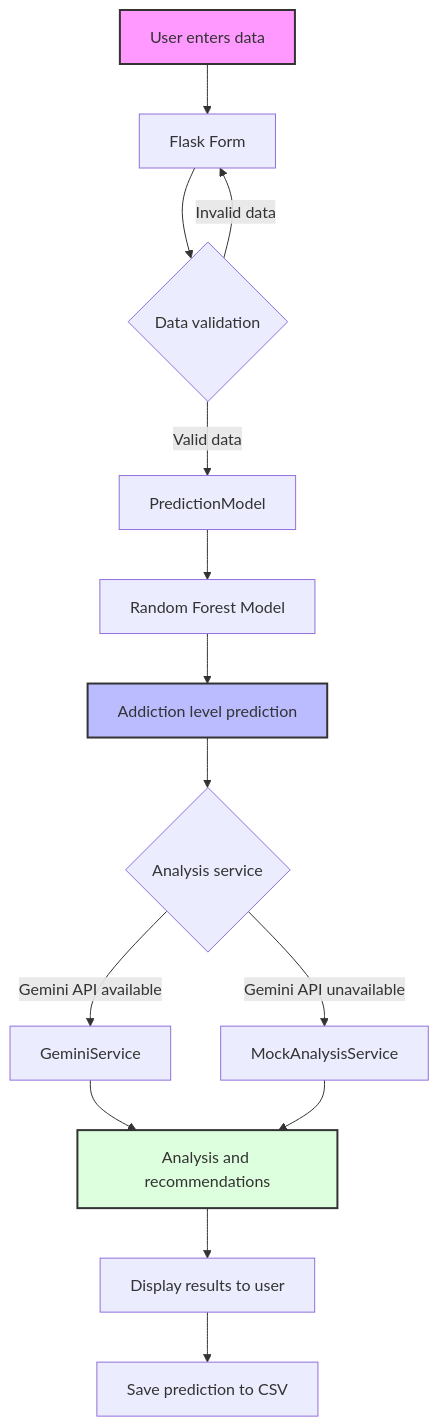
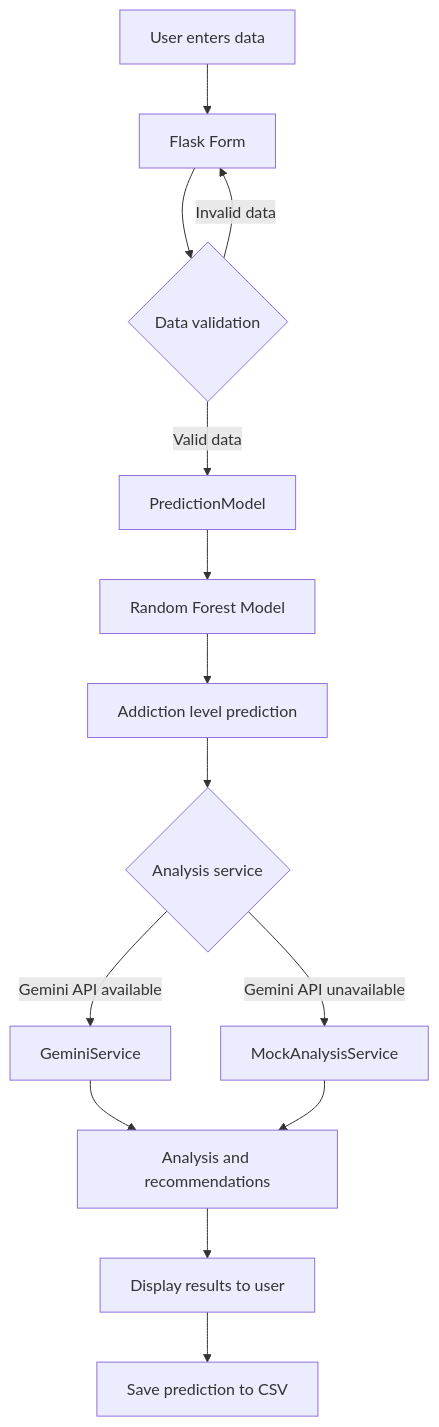
Before and after one commit to Dylalva/TeenSmartInsight: the first of 4 diagrams in docs/WORKFLOW_DIAGRAM.md, drawn with Mermaid. The commit also changed other lines of this file and 5 other files, not shown here.

````diff
--- a/docs/WORKFLOW_DIAGRAM.md
+++ b/docs/WORKFLOW_DIAGRAM.md
@@ -7,20 +7,16 @@
 ```mermaid
 flowchart TD
     A[User enters data] --> B[Flask Form]
     B --> C{Data validation}
     C -->|Invalid data| B
     C -->|Valid data| D[PredictionModel]
     D --> E[Random Forest Model]
     E --> F[Addiction level prediction]
     F --> G{Analysis service}
     G -->|Gemini API available| H[GeminiService]
     G -->|Gemini API unavailable| I[MockAnalysisService]
     H --> J[Analysis and recommendations]
     I --> J
     J --> K[Display results to user]
     K --> L[Save prediction to CSV]
-    
-    style A fill:#f9f,stroke:#333,stroke-width:2px
-    style F fill:#bbf,stroke:#333,stroke-width:2px
-    style J fill:#dfd,stroke:#333,stroke-width:2px
 ```
````
